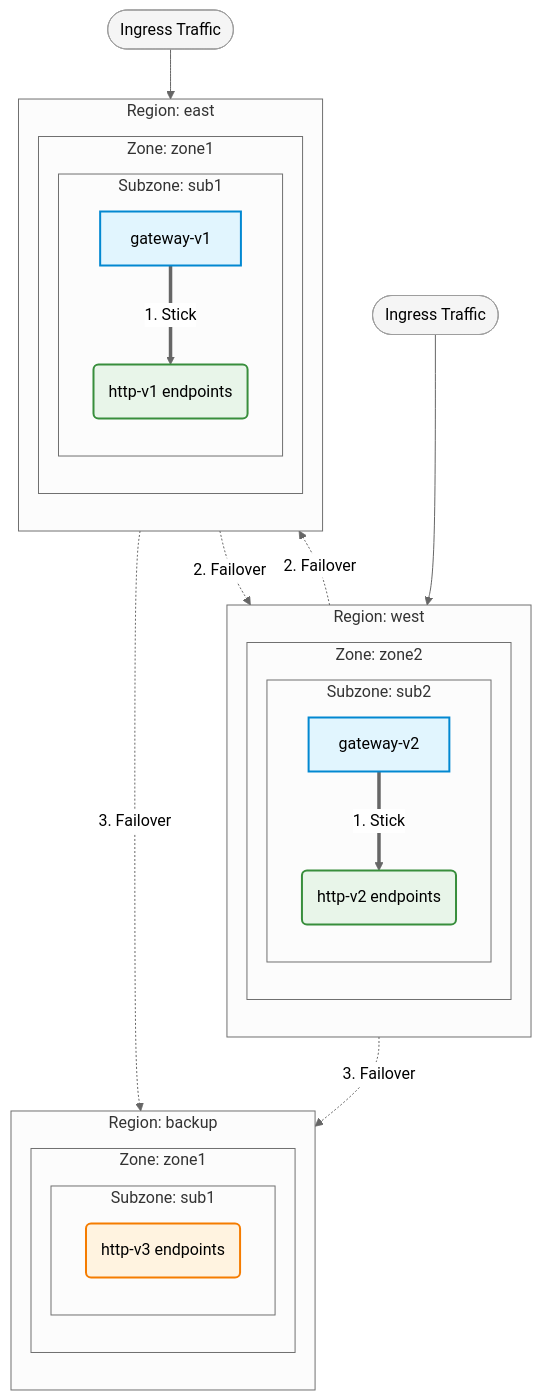
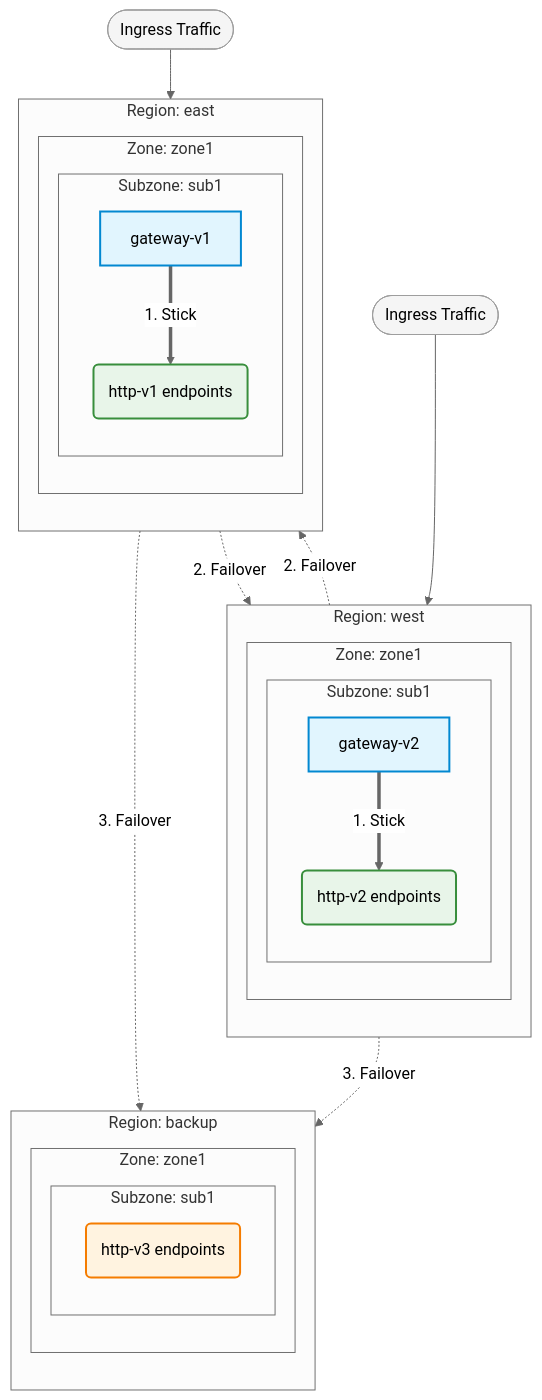
One commit to michaelalang/istio-example-configurations changed the diagram in zoneaware/README.md. Above: the diagram before and after it, drawn with Mermaid (neutral theme).

Commit message:
fixed graph

````diff
--- a/zoneaware/README.md
+++ b/zoneaware/README.md
@@ -84,57 +84,57 @@
 ```mermaid
 flowchart TD
     %% External Ingress Traffic
     InWest([Ingress Traffic]) --> GW2
     InEast([Ingress Traffic]) --> GW1
 
     %% Topology Boundaries
     subgraph Region_West [Region: west]
         direction TB
-        subgraph Zone_West1 [Zone: zone2]
-            subgraph Sub_West1 [Subzone: sub2]
+        subgraph Zone_West1 [Zone: zone1]
+            subgraph Sub_West1 [Subzone: sub1]
                 GW2[gateway-v2]
                 SVC2(http-v2 endpoints)
             end
         end
     end
     
     subgraph Region_East [Region: east]
         direction TB
         subgraph Zone_East1 [Zone: zone1]
             subgraph Sub_East1 [Subzone: sub1]
                 GW1[gateway-v1]
                 SVC1(http-v1 endpoints)
             end
         end
     end
     
     subgraph Region_Backup [Region: backup]
         direction TB
         subgraph Zone_Backup1 [Zone: zone1]
             subgraph Sub_Backup1 [Subzone: sub1]
                 SVC3(http-v3 endpoints)
             end
         end
     end
 
     %% Gateway 1 Routing Logic (East)
     GW1 ==>|1. Stick| SVC1
     GW1 -.->|2. Failover| SVC2
     GW1 -.->|3. Failover| SVC3
 
     %% Gateway 2 Routing Logic (West)
     GW2 ==>|1. Stick| SVC2
     GW2 -.->|2. Failover| SVC1
     GW2 -.->|3. Failover| SVC3
 
     %% Styling and coloring for clarity
     classDef gateway fill:#e1f5fe,stroke:#0288d1,stroke-width:2px,color:#000
     classDef primary fill:#e8f5e9,stroke:#388e3c,stroke-width:2px,color:#000
     classDef backup fill:#fff3e0,stroke:#f57c00,stroke-width:2px,color:#000
     classDef ingress fill:#f5f5f5,stroke:#9e9e9e,stroke-width:1px,color:#000
     
     class GW1,GW2 gateway
     class SVC1,SVC2 primary
     class SVC3 backup
     class InEast,InWest ingress
 ```
````
